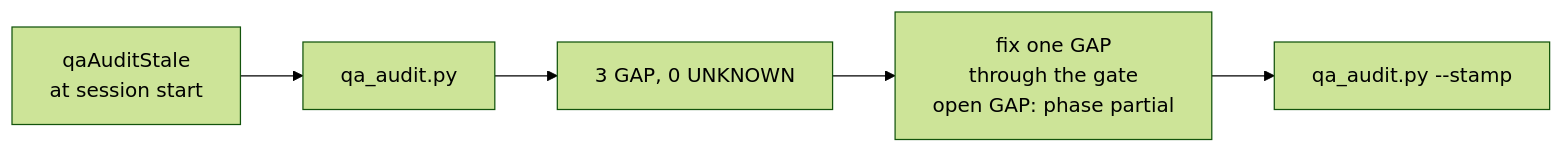
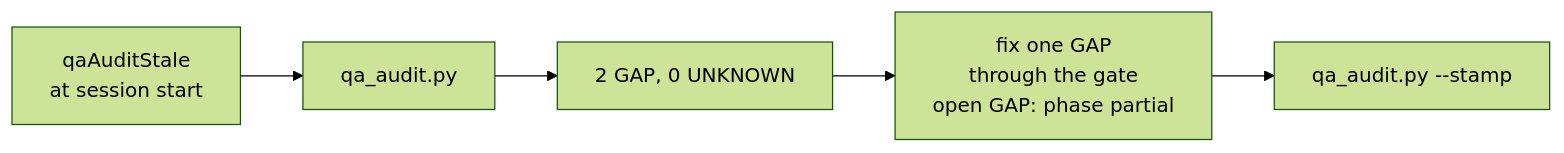
Before and after one commit to mbadali25/useful-claude-add-ons: the diagram in docs/diagrams/process-qa-audit.mmd, drawn with Mermaid (forest theme). The commit also changed 23 other files, not shown here.

First line of the commit message:
T-0041: refresh code maps, diagrams, QA page and rules

```diff
--- a/docs/diagrams/process-qa-audit.mmd
+++ b/docs/diagrams/process-qa-audit.mmd
@@ -1,8 +1,8 @@
-%% anchor: useful-claude-add-ons@c5fd58de
+%% anchor: useful-claude-add-ons@69de978c
 %% Anchors: .crew/verify.json, .github/workflows/instruction-budgets.yml, .github/workflows/marketplace.yml, .github/workflows/mcp-servers.yml, .github/workflows/plugin-evals.yml, .github/workflows/publish-mcp-servers.yml, .github/workflows/pylint.yml, .github/workflows/pytest-crew.yml, .github/workflows/runner-autostart.yml, .github/workflows/shell-suites.yml, .github/workflows/verify-gate.yml
-%% generated by crew qa_doc.py on 2026-10-03. Verify before trusting.
+%% generated by crew qa_doc.py on 2026-10-04. Verify before trusting.
 flowchart LR
   trig["qaAuditStale<br/>at session start"] --> run["qa_audit.py"]
-  run --> result["3 GAP, 0 UNKNOWN"]
+  run --> result["2 GAP, 0 UNKNOWN"]
   result --> act["fix one GAP<br/>through the gate<br/>open GAP: phase partial"]
   act --> stamp["qa_audit.py --stamp"]
```
